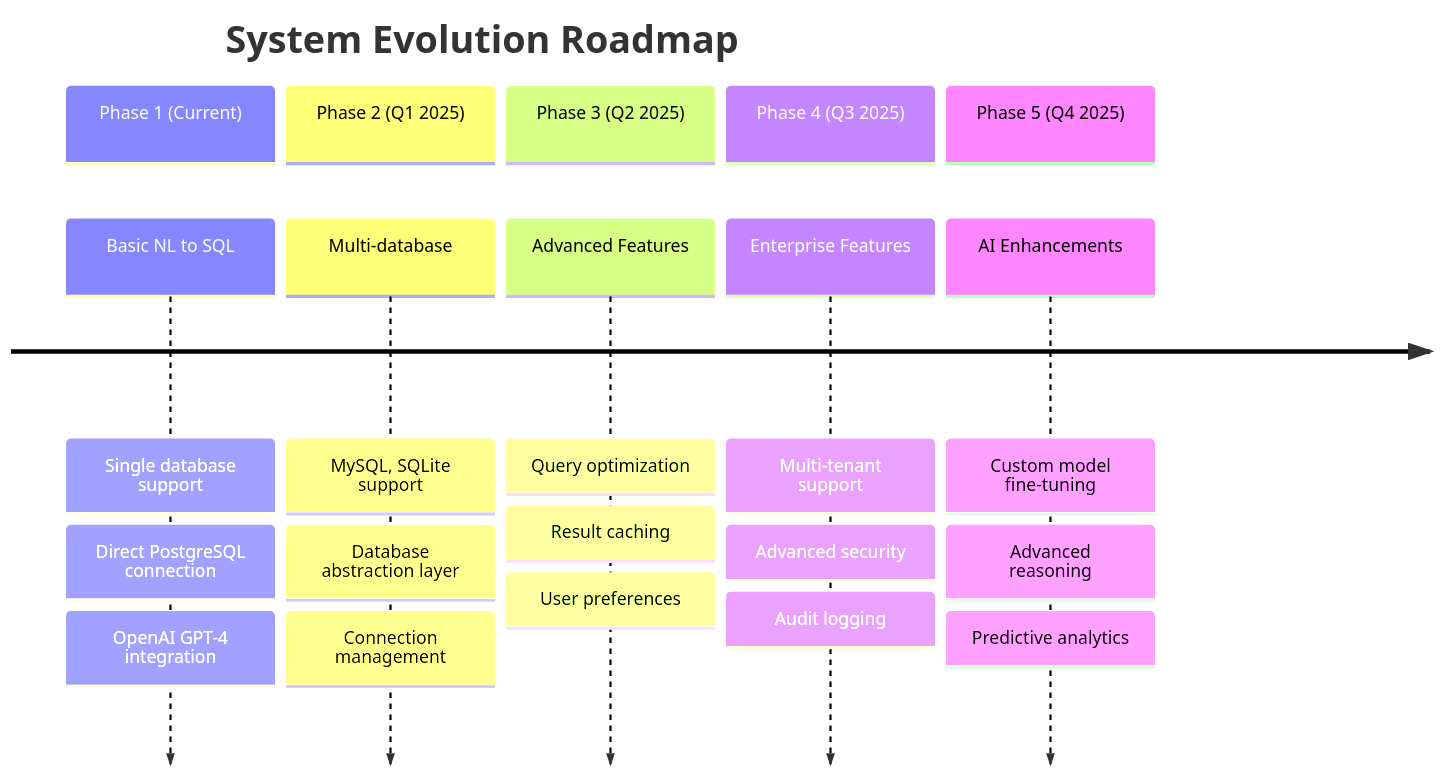
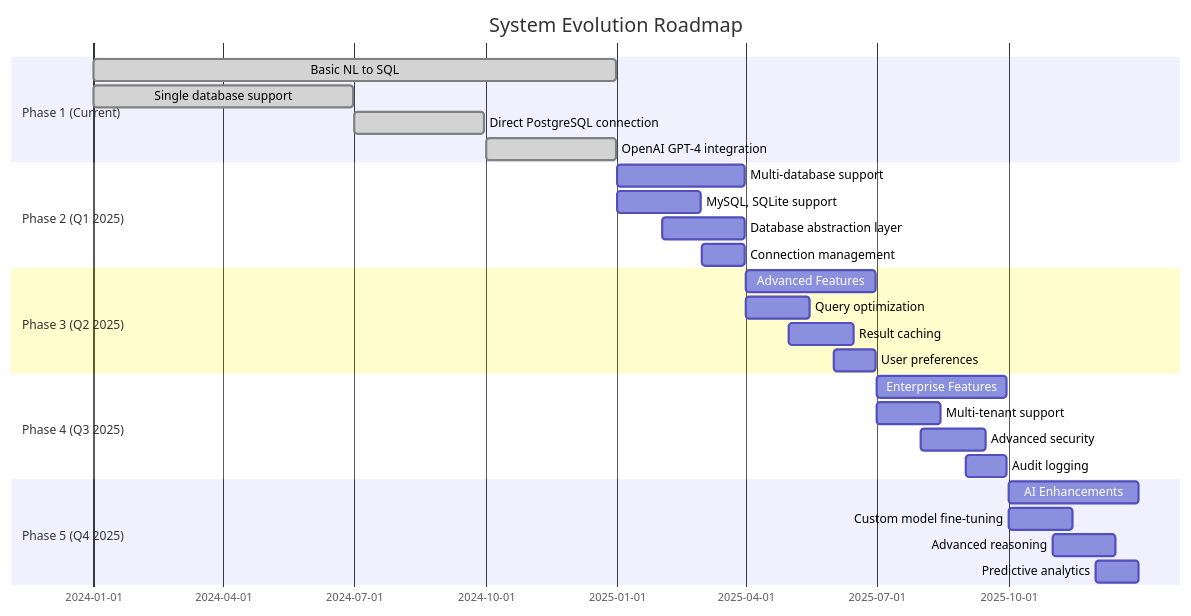
Diagram 14 of 14 in adrs/0010-dynamic-erp-assistant-complete-system-architecture.md (julianus-kath/proactive-context-learning), drawn with Mermaid before and after one commit. The commit also changed other lines of this file and 6 other files, not shown here.

````diff
--- a/adrs/0010-dynamic-erp-assistant-complete-system-architecture.md
+++ b/adrs/0010-dynamic-erp-assistant-complete-system-architecture.md
@@ -687,29 +687,34 @@
 ```mermaid
-timeline
+gantt
     title System Evolution Roadmap
-    
+    dateFormat  YYYY-MM-DD
     section Phase 1 (Current)
-        Basic NL to SQL : Single database support
-                        : Direct PostgreSQL connection
-                        : OpenAI GPT-4 integration
+    Basic NL to SQL           :done, phase1, 2024-01-01, 2024-12-31
+    Single database support   :done, phase1a, 2024-01-01, 2024-06-30
+    Direct PostgreSQL connection :done, phase1b, 2024-07-01, 2024-09-30
+    OpenAI GPT-4 integration  :done, phase1c, 2024-10-01, 2024-12-31
     
     section Phase 2 (Q1 2025)
-        Multi-database : MySQL, SQLite support
-                       : Database abstraction layer
-                       : Connection management
+    Multi-database support    :phase2, 2025-01-01, 2025-03-31
+    MySQL, SQLite support     :phase2a, 2025-01-01, 2025-02-28
+    Database abstraction layer :phase2b, 2025-02-01, 2025-03-31
+    Connection management     :phase2c, 2025-03-01, 2025-03-31
     
     section Phase 3 (Q2 2025)
-        Advanced Features : Query optimization
-                          : Result caching
-                          : User preferences
+    Advanced Features         :phase3, 2025-04-01, 2025-06-30
+    Query optimization        :phase3a, 2025-04-01, 2025-05-15
+    Result caching           :phase3b, 2025-05-01, 2025-06-15
+    User preferences         :phase3c, 2025-06-01, 2025-06-30
     
     section Phase 4 (Q3 2025)
-        Enterprise Features : Multi-tenant support
-                            : Advanced security
-                            : Audit logging
+    Enterprise Features       :phase4, 2025-07-01, 2025-09-30
+    Multi-tenant support     :phase4a, 2025-07-01, 2025-08-15
+    Advanced security        :phase4b, 2025-08-01, 2025-09-15
+    Audit logging           :phase4c, 2025-09-01, 2025-09-30
     
     section Phase 5 (Q4 2025)
-        AI Enhancements : Custom model fine-tuning
-                        : Advanced reasoning
-                        : Predictive analytics
+    AI Enhancements          :phase5, 2025-10-01, 2025-12-31
+    Custom model fine-tuning :phase5a, 2025-10-01, 2025-11-15
+    Advanced reasoning       :phase5b, 2025-11-01, 2025-12-15
+    Predictive analytics     :phase5c, 2025-12-01, 2025-12-31
 ```
````
